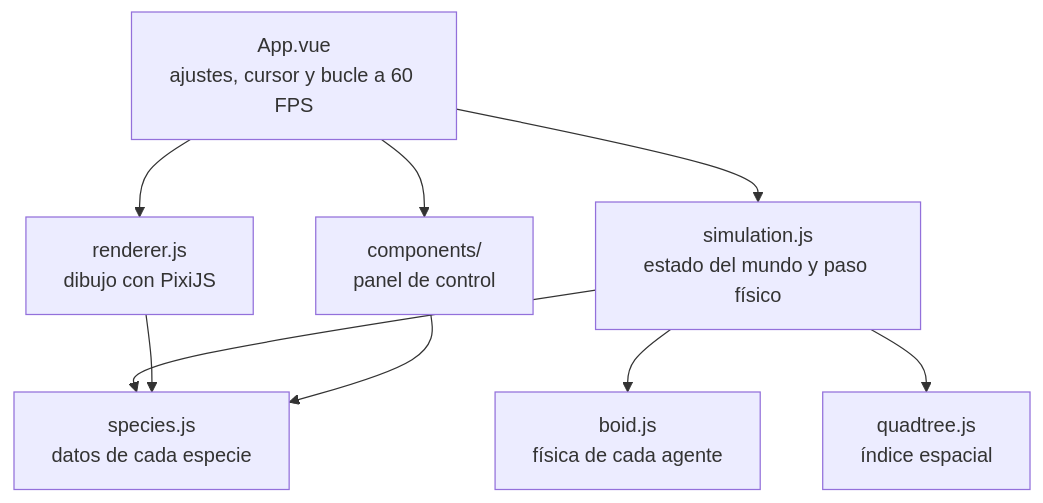
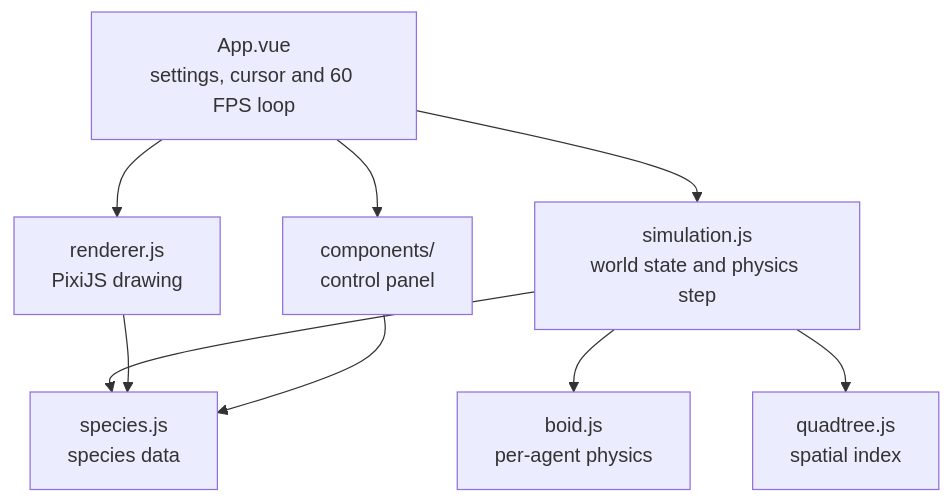
The first of 2 diagrams in README.md (GaneshaDS/boids), drawn with Mermaid before and after one commit. The commit also changed other lines of this file and 3 other files, not shown here.

````diff
--- a/README.md
+++ b/README.md
@@ -62,19 +79,19 @@
 ```mermaid
 flowchart TD
-    App["App.vue<br/>ajustes, cursor y bucle a 60 FPS"]
-    Panel["components/<br/>panel de control"]
-    Sim["simulation.js<br/>estado del mundo y paso físico"]
-    Render["renderer.js<br/>dibujo con PixiJS"]
-    Boid["boid.js<br/>física de cada agente"]
-    Tree["quadtree.js<br/>índice espacial"]
-    Species["species.js<br/>datos de cada especie"]
+    App["App.vue<br/>settings, cursor and 60 FPS loop"]
+    Panel["components/<br/>control panel"]
+    Sim["simulation.js<br/>world state and physics step"]
+    Render["renderer.js<br/>PixiJS drawing"]
+    Boid["boid.js<br/>per-agent physics"]
+    Tree["quadtree.js<br/>spatial index"]
+    Species["species.js<br/>species data"]
 
     App --> Panel
     App --> Sim
     App --> Render
     Sim --> Boid
     Sim --> Tree
     Sim --> Species
     Render --> Species
     Panel --> Species
 ```
````
